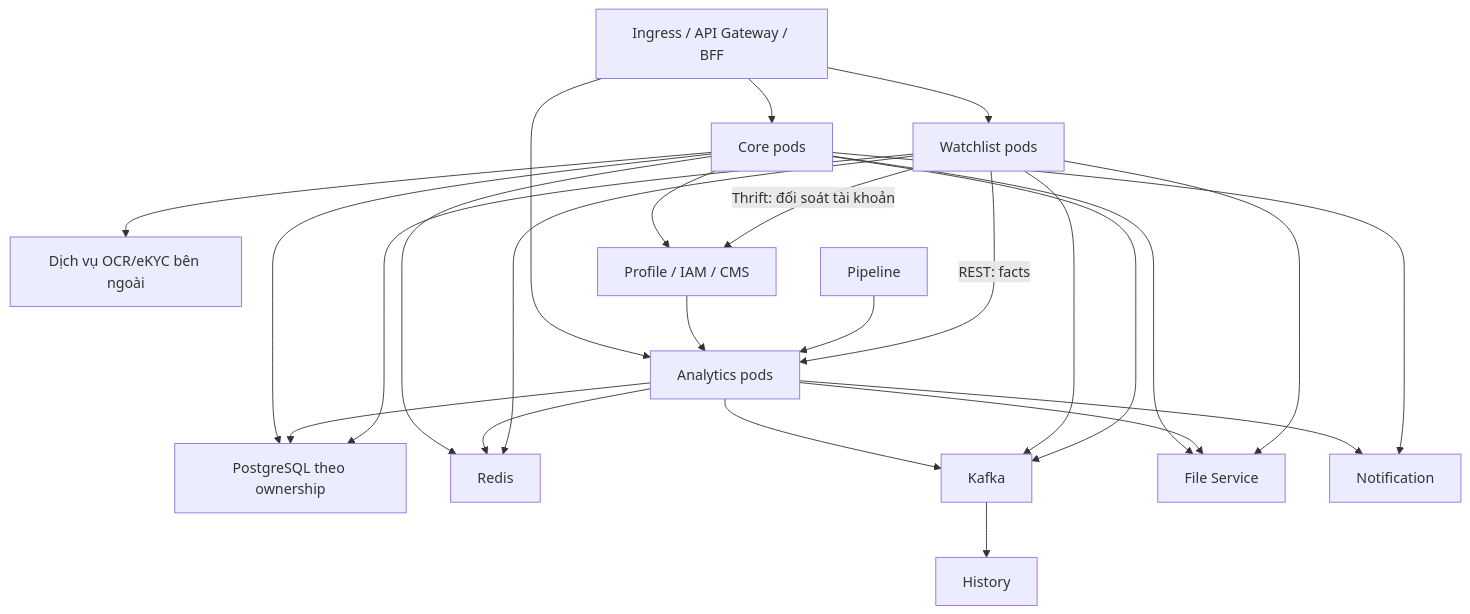
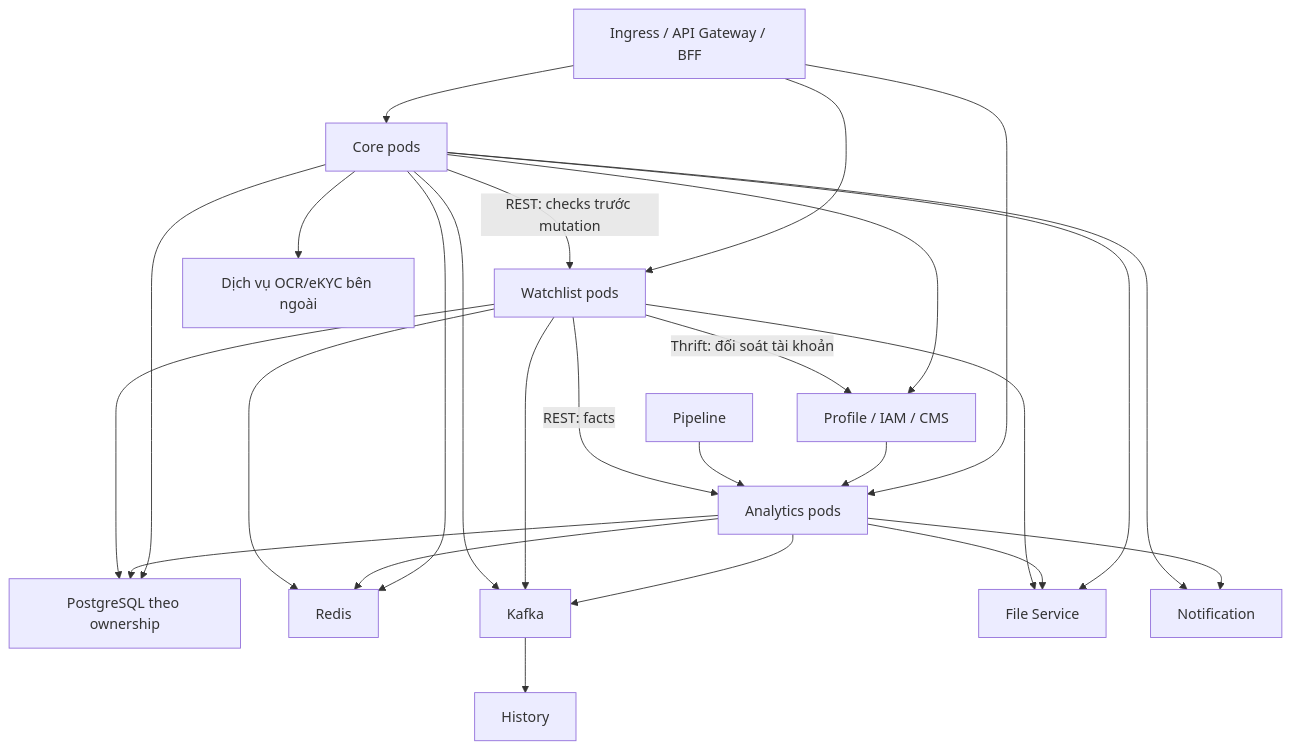
Before and after one commit to huynv-xyz/vhm-tdd: the diagram in cobroker/diagrams/cobroker-12.mmd, drawn with Mermaid. The commit also changed 9 other files, not shown here.

```diff
--- a/cobroker/diagrams/cobroker-12.mmd
+++ b/cobroker/diagrams/cobroker-12.mmd
@@ -1,25 +1,26 @@
 flowchart TB
     G["Ingress / API Gateway / BFF"] --> C["Core pods"]
     G --> A["Analytics pods"]
     G --> W["Watchlist pods"]
+    C -->|"REST: checks trước mutation"| W
     C --> E["Dịch vụ OCR/eKYC bên ngoài"]
     C --> DB["PostgreSQL theo ownership"]
     A --> DB
     W --> DB
     C --> R["Redis"]
     A --> R
     W --> R
     A --> K["Kafka"]
     W --> K
     C --> K
     C --> P["Profile / IAM / CMS"]
     W -->|"Thrift: đối soát tài khoản"| P
     P --> A
     PL["Pipeline"] --> A
     W -->|"REST: facts"| A
     C --> F["File Service"]
     A --> F
     W --> F
     A --> N["Notification"]
     C --> N
     K --> H["History"]
```
